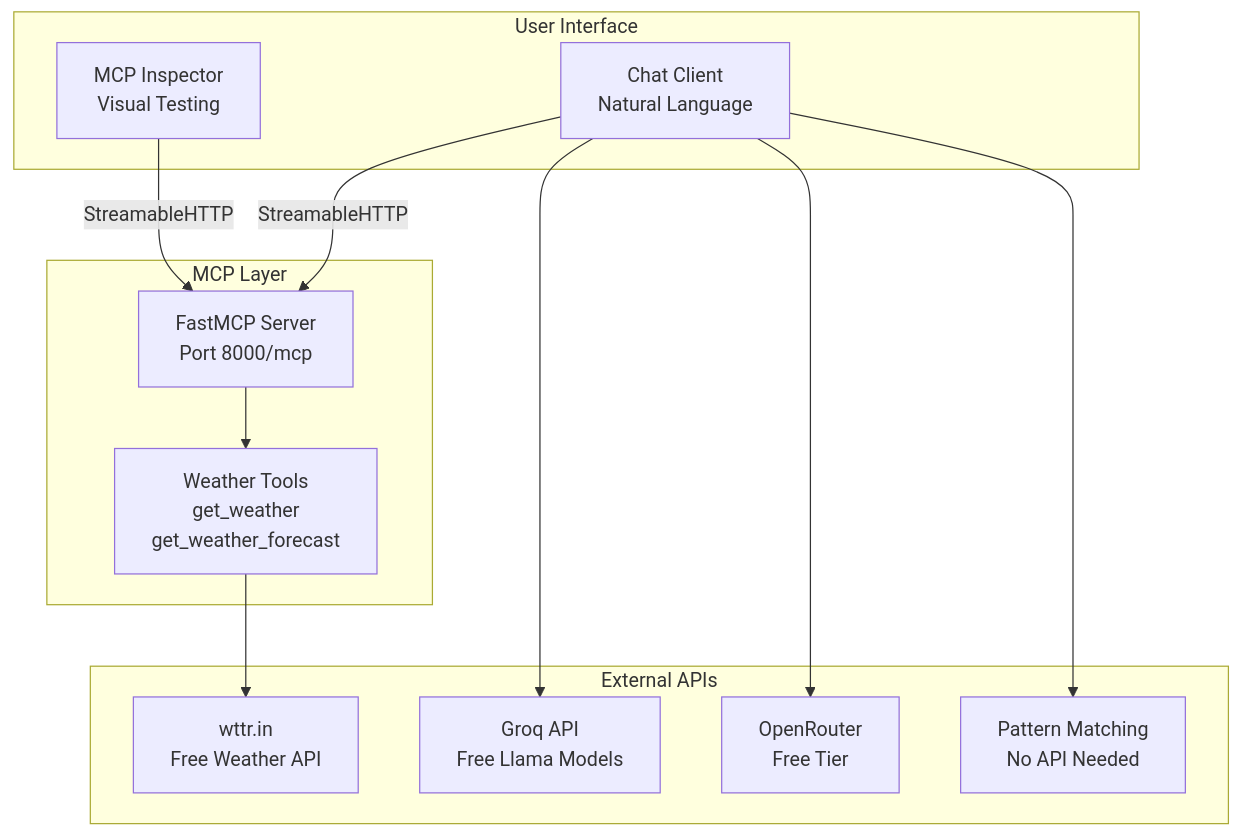
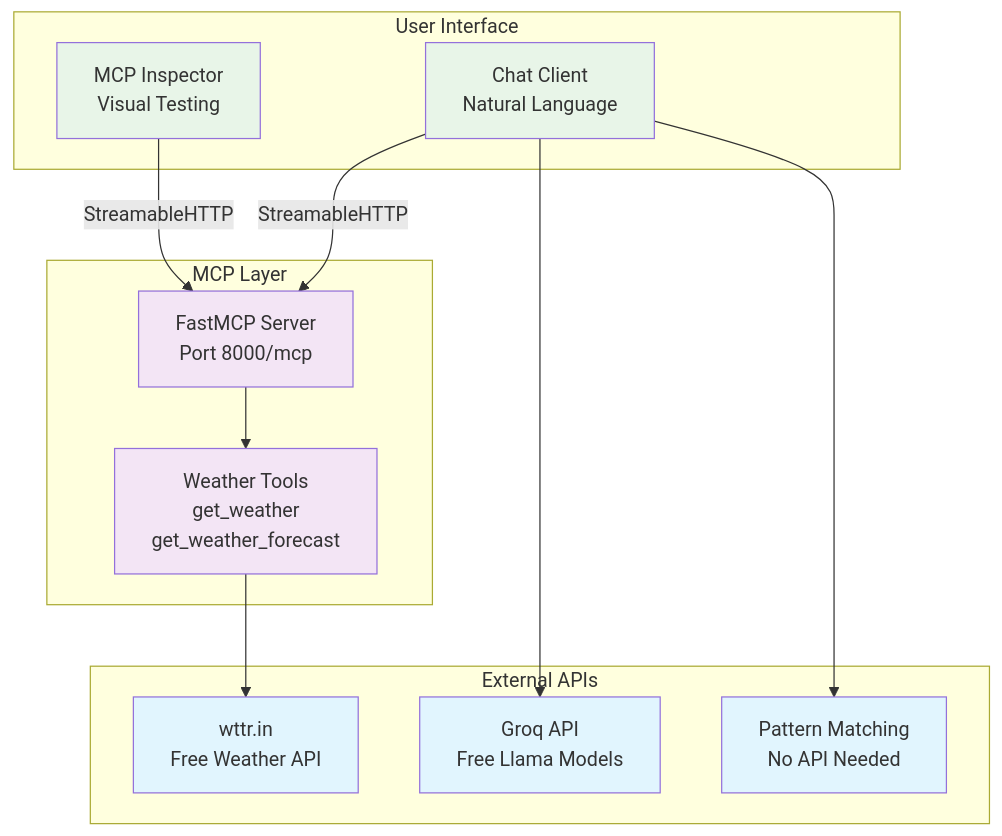
Before and after one commit to omryatia/mcp-demo: the diagram in README.md, drawn with Mermaid. The commit also changed other lines of this file, not shown here.

````diff
--- a/README.md
+++ b/README.md
@@ -111,27 +139,33 @@
 ```mermaid
 graph TB
     subgraph "User Interface"
         UI1[MCP Inspector<br/>Visual Testing]
         UI2[Chat Client<br/>Natural Language]
     end
     
     subgraph "MCP Layer"
         MCP[FastMCP Server<br/>Port 8000/mcp]
         TOOLS[Weather Tools<br/>get_weather<br/>get_weather_forecast]
     end
     
     subgraph "External APIs"
         WEATHER[wttr.in<br/>Free Weather API]
-        LLM1[Groq API<br/>Free Llama Models]
-        LLM2[OpenRouter<br/>Free Tier]
+        GROQ[Groq API<br/>Free Llama Models]
         PATTERN[Pattern Matching<br/>No API Needed]
     end
     
     UI1 -->|StreamableHTTP| MCP
     UI2 -->|StreamableHTTP| MCP
     MCP --> TOOLS
     TOOLS --> WEATHER
-    UI2 --> LLM1
-    UI2 --> LLM2
+    UI2 --> GROQ
     UI2 --> PATTERN
+    
+    classDef external fill:#e1f5fe
+    classDef mcp fill:#f3e5f5
+    classDef ui fill:#e8f5e8
+    
+    class WEATHER,GROQ,PATTERN external
+    class MCP,TOOLS mcp
+    class UI1,UI2 ui
 ```
````
